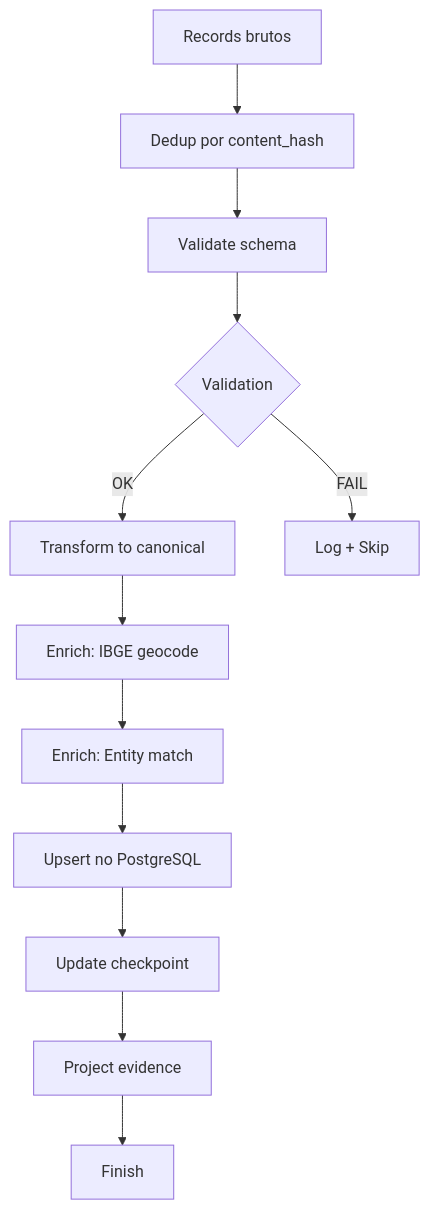
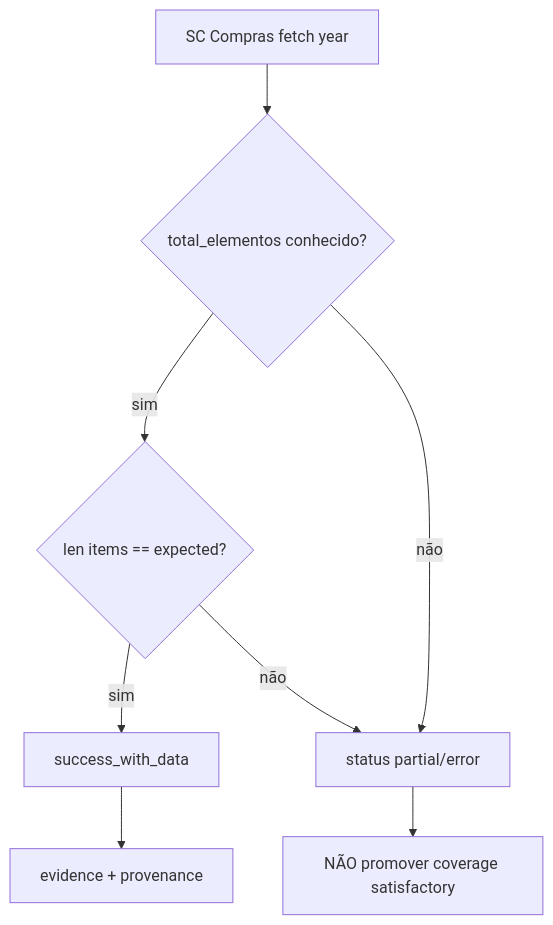
One commit to tjsasakifln/extra-cli changed the fourth of 4 diagrams in _reversa_sdd/flowcharts/crawl.md. Above: the diagram before and after it, drawn with Mermaid. The commit also changed other lines of this file and 164 other files, not shown here.

````diff
--- a/_reversa_sdd/flowcharts/crawl.md
+++ b/_reversa_sdd/flowcharts/crawl.md
@@ -97,14 +60,10 @@
 ```mermaid
 flowchart TD
-    A[Records brutos] --> B[Dedup por content_hash]
-    B --> C[Validate schema]
-    C --> D{Validation}
-    D -->|OK| E[Transform to canonical]
-    D -->|FAIL| F[Log + Skip]
-    E --> G[Enrich: IBGE geocode]
-    G --> H[Enrich: Entity match]
-    H --> I[Upsert no PostgreSQL]
-    I --> J[Update checkpoint]
-    J --> K[Project evidence]
-    K --> L[Finish]
+    A[SC Compras fetch year] --> B{total_elementos conhecido?}
+    B -->|sim| C{len items == expected?}
+    B -->|não| D[status partial/error]
+    C -->|sim| E[success_with_data]
+    C -->|não| D
+    D --> F[NÃO promover coverage satisfactory]
+    E --> G[evidence + provenance]
 ```
````
